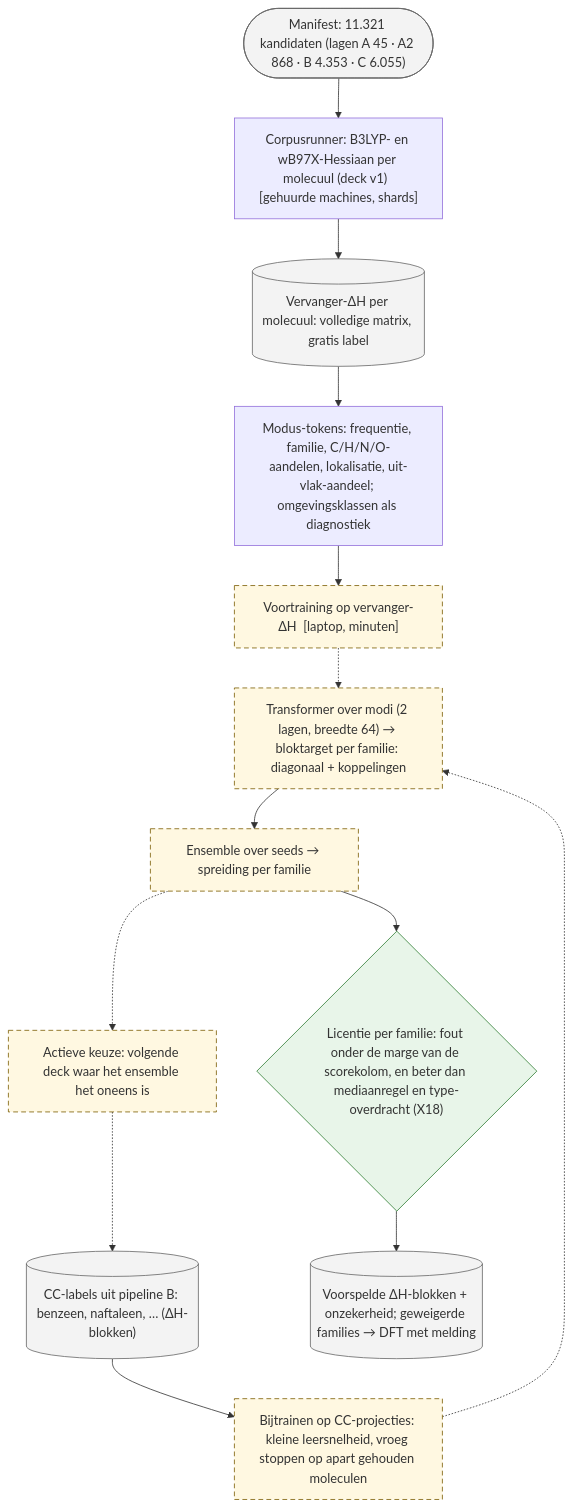
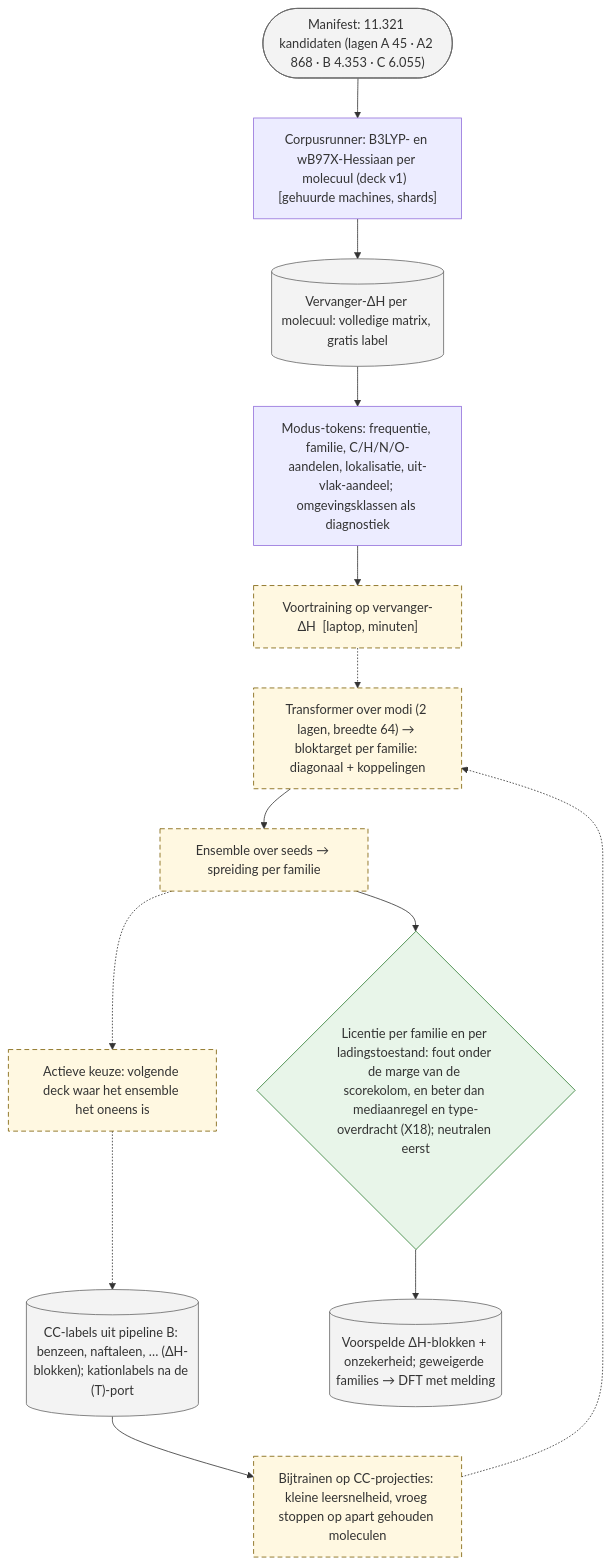
The diagram in plans/05_delta-probed-ir-pipeline/GoalGathering/architecture/20_pipeline_A.mmd (thebreadishard/udacity-capstone-plan), drawn with Mermaid before and after one commit. The commit also changed 4 other files, not shown here.

Commit message:
Plan 05 architecture: cations added, dashed (the (T)-port of decision 41 in pipeline B, charge/multiplicity tokens and per-charge licence in pipeline A, cation scoring columns to be named)

```diff
--- a/plans/05_delta-probed-ir-pipeline/GoalGathering/architecture/20_pipeline_A.mmd
+++ b/plans/05_delta-probed-ir-pipeline/GoalGathering/architecture/20_pipeline_A.mmd
@@ -1,23 +1,23 @@
 %% Pipeline A: het netwerk dat de correctie overdraagt (niveau 3), stand 19 september 2026.
 flowchart TB
   classDef planned stroke-dasharray: 6 4,stroke:#7a5c00,fill:#fff8e1
   classDef data fill:#f3f3f3,stroke:#666
   classDef gate fill:#e8f5e9,stroke:#2e7d32
 
   MAN(["Manifest: 11.321 kandidaten (lagen A 45 · A2 868 · B 4.353 · C 6.055)"]):::data
   RUN["Corpusrunner: B3LYP- en wB97X-Hessiaan per molecuul (deck v1)  [gehuurde machines, shards]"]
   PROXY[("Vervanger-ΔH per molecuul: volledige matrix, gratis label")]:::data
   TOK["Modus-tokens: frequentie, familie, C/H/N/O-aandelen, lokalisatie, uit-vlak-aandeel; omgevingsklassen als diagnostiek"]
   PRE["Voortraining op vervanger-ΔH  [laptop, minuten]"]:::planned
   NET["Transformer over modi (2 lagen, breedte 64) → bloktarget per familie: diagonaal + koppelingen"]:::planned
-  CC[("CC-labels uit pipeline B: benzeen, naftaleen, … (ΔH-blokken)")]:::data
+  CC[("CC-labels uit pipeline B: benzeen, naftaleen, … (ΔH-blokken); kationlabels na de (T)-port")]:::data
   FT["Bijtrainen op CC-projecties: kleine leersnelheid, vroeg stoppen op apart gehouden moleculen"]:::planned
   ENS["Ensemble over seeds → spreiding per familie"]:::planned
-  LIC{"Licentie per familie: fout onder de marge van de scorekolom, en beter dan mediaanregel en type-overdracht (X18)"}:::gate
+  LIC{"Licentie per familie en per ladingstoestand: fout onder de marge van de scorekolom, en beter dan mediaanregel en type-overdracht (X18); neutralen eerst"}:::gate
   ACT["Actieve keuze: volgende deck waar het ensemble het oneens is"]:::planned
   PRED[("Voorspelde ΔH-blokken + onzekerheid; geweigerde families → DFT met melding")]:::data
 
   MAN --> RUN --> PROXY --> TOK --> PRE -.-> NET
   CC --> FT -.-> NET
   NET --> ENS --> LIC --> PRED
   ENS -.-> ACT -.-> CC
```
